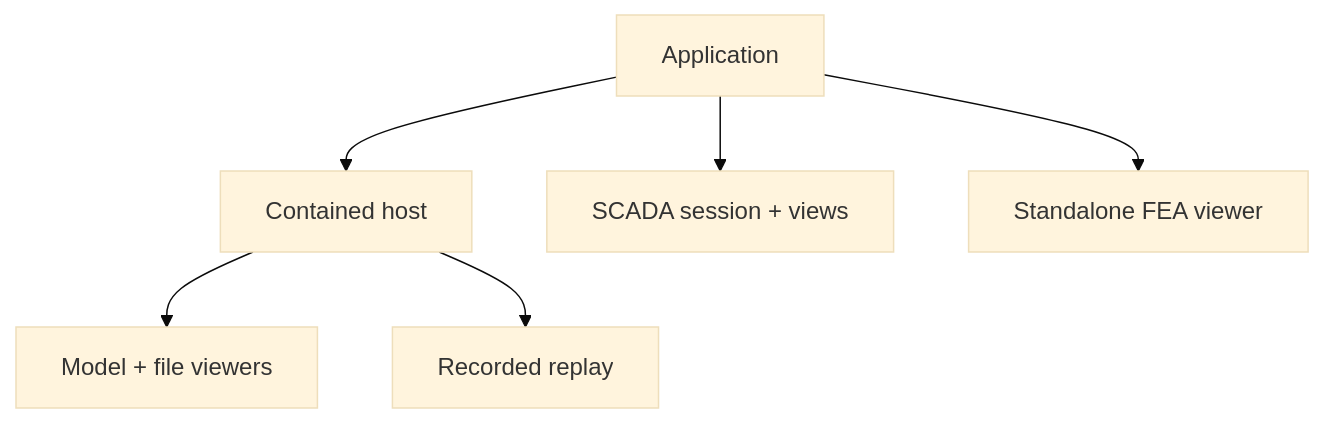
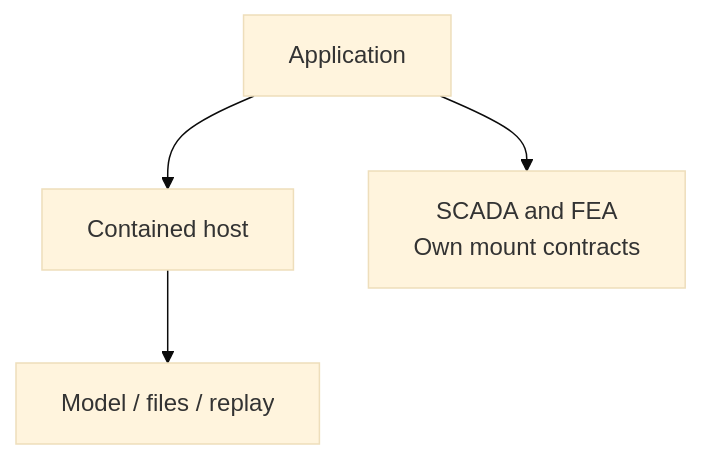
One commit to Valpatel/cad-agent changed the diagram in software/cadagent/webkit/README.md. Above: the diagram before and after it, drawn with Mermaid (base theme). The commit also changed 1 other file, not shown here.

Commit message:
Keep toolkit map and documentation skill readable at page widths

````diff
--- a/software/cadagent/webkit/README.md
+++ b/software/cadagent/webkit/README.md
@@ -10,8 +10,6 @@
 ```mermaid
 flowchart TD
   App[Application] --> Host[Contained host]
-  Host --> Model[Model + file viewers]
-  Host --> Replay[Recorded replay]
-  App --> Scada[SCADA session + views]
-  App --> FEA[Standalone FEA viewer]
+  Host --> Adapters[Model / files / replay]
+  App --> Native["SCADA and FEA<br>Own mount contracts"]
 ```
````
